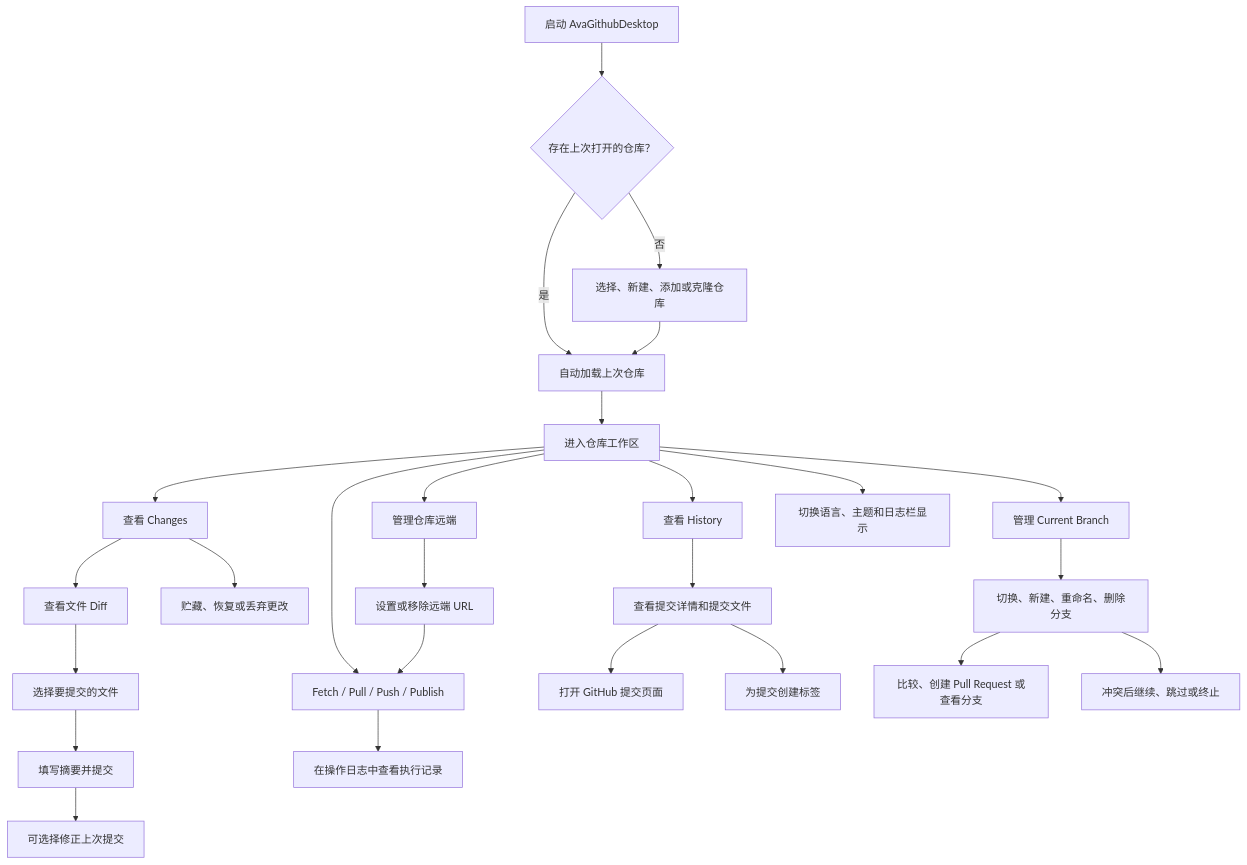
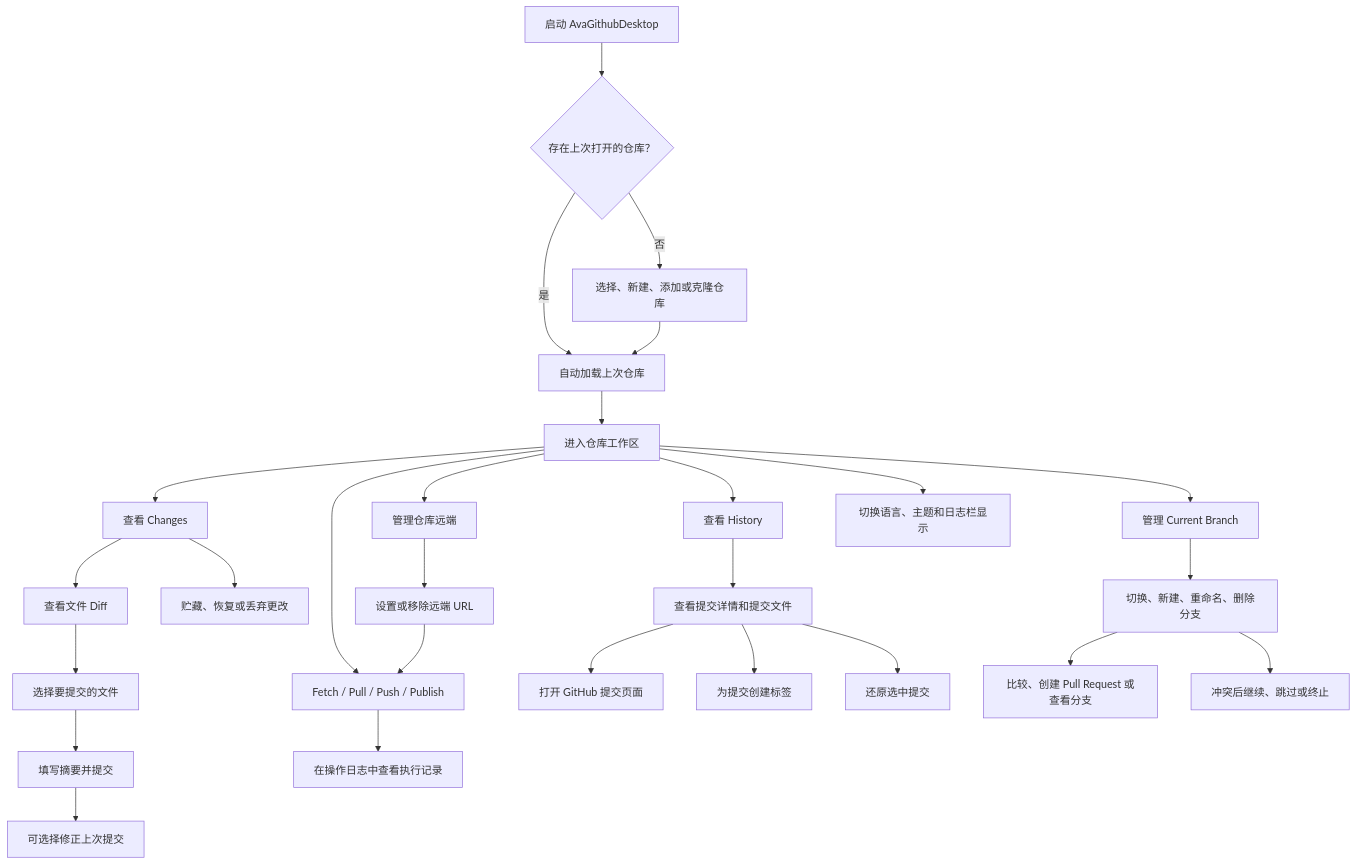
The diagram in docs/AvaGithubDesktop需求文档.md (dotnet9/AvaGithubDesktop), drawn with Mermaid before and after one commit. The commit also changed other lines of this file and 10 other files, not shown here.

Commit message:
feat: add selected commit revert

````diff
--- a/docs/AvaGithubDesktop需求文档.md
+++ b/docs/AvaGithubDesktop需求文档.md
@@ -38,28 +39,29 @@
 ```mermaid
 flowchart TD
     Start["启动 AvaGithubDesktop"] --> Restore{"存在上次打开的仓库？"}
     Restore -->|是| LoadRepo["自动加载上次仓库"]
     Restore -->|否| PickRepo["选择、新建、添加或克隆仓库"]
     PickRepo --> LoadRepo
     LoadRepo --> Workspace["进入仓库工作区"]
     Workspace --> Changes["查看 Changes"]
     Workspace --> History["查看 History"]
     Workspace --> Branch["管理 Current Branch"]
     Workspace --> Remote["管理仓库远端"]
     Workspace --> Sync["Fetch / Pull / Push / Publish"]
     Changes --> ReviewDiff["查看文件 Diff"]
     ReviewDiff --> SelectFiles["选择要提交的文件"]
     SelectFiles --> Commit["填写摘要并提交"]
     Commit --> Amend["可选择修正上次提交"]
     Changes --> Stash["贮藏、恢复或丢弃更改"]
     History --> CommitDetail["查看提交详情和提交文件"]
     CommitDetail --> OpenCommit["打开 GitHub 提交页面"]
     CommitDetail --> CreateTag["为提交创建标签"]
+    CommitDetail --> RevertCommit["还原选中提交"]
     Branch --> BranchOps["切换、新建、重命名、删除分支"]
     BranchOps --> BranchGitHub["比较、创建 Pull Request 或查看分支"]
     BranchOps --> ConflictOps["冲突后继续、跳过或终止"]
     Remote --> RemoteOps["设置或移除远端 URL"]
     RemoteOps --> Sync
     Sync --> OperationLog["在操作日志中查看执行记录"]
     Workspace --> Settings["切换语言、主题和日志栏显示"]
 ```
````
